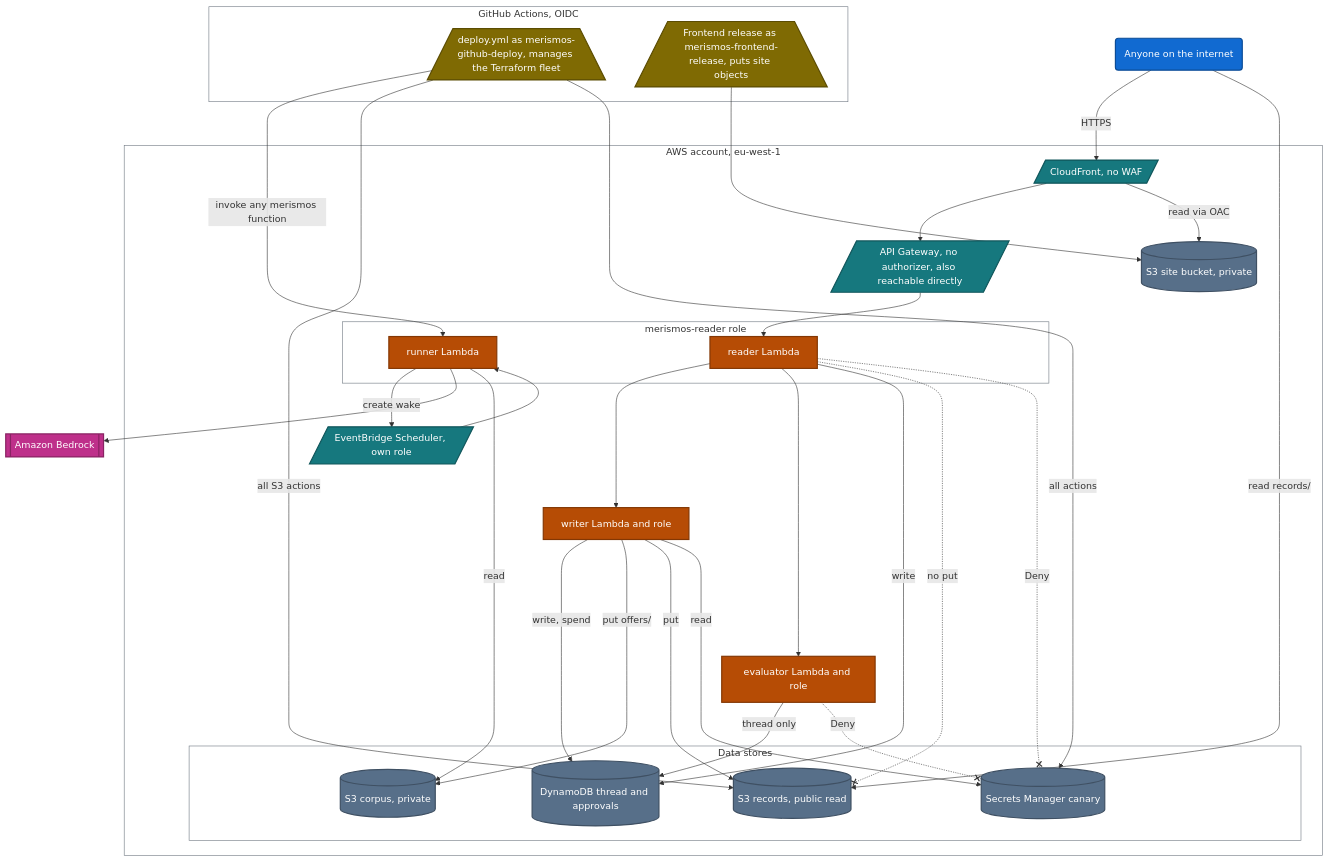
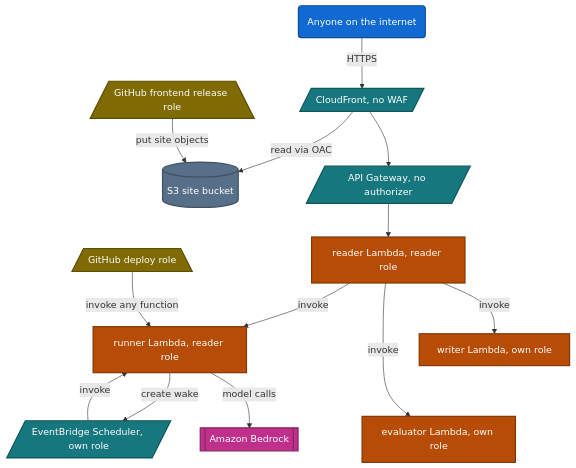
One commit to upgradedev/merismos-aws changed the first of 2 diagrams in docs/infrastructure.md. Above: the diagram before and after it, drawn with Mermaid. The commit also changed other lines of this file and 3 other files, not shown here.

First line of the commit message:
docs: diagrams that stay readable at page width (ME19)

````diff
--- a/docs/infrastructure.md
+++ b/docs/infrastructure.md
@@ -7,66 +11,39 @@
 ```mermaid
 flowchart TB
-    accTitle: Merismos infrastructure, which identity can touch which resource
-    accDescr: Anyone reaches CloudFront, which has no WAF, and can also call API Gateway directly; the API has no authorizer and invokes the reader. Anyone may also read published records under records/. The reader role, shared by the reader and runner Lambdas, may invoke the writer, the evaluator and Amazon Bedrock, write DynamoDB, read the corpus and create scheduler wakes, but holds no put on records and an explicit Deny on the canary secret. The writer role writes DynamoDB and spends approvals, files offers in the corpus, puts records and reads the canary. The evaluator role writes only the thread table and is denied the canary. The scheduler role invokes the runner. The GitHub deploy role manages the Terraform fleet: all S3 actions on merismos buckets, records included, all Secrets Manager actions on the canary, and invoke on every merismos function. The frontend release role puts site objects. The functions are not attached to a VPC, the repository declares no NAT gateway, the alarms have no actions and no data store it declares uses a customer-managed key.
+    accTitle: Merismos infrastructure, part 1: who can call what
+    accDescr: Anyone reaches CloudFront, which has no WAF, reads the site from a private S3 bucket through origin access control and forwards API paths to API Gateway, which has no authorizer and invokes the reader Lambda. The reader and runner Lambdas run as the reader role, which may invoke the runner, the writer and the evaluator. The runner creates EventBridge Scheduler wakes, the scheduler role may invoke only the runner, and in a live run the runner calls Amazon Bedrock. The GitHub frontend release role puts site objects, and the GitHub deploy role may invoke any Merismos function.
 
     Anyone("Anyone on the internet"):::browser
-    subgraph Github["GitHub Actions, OIDC"]
-        Deploy[/"deploy.yml as merismos-github-deploy, manages the Terraform fleet"\]:::cicd
-        Release[/"Frontend release as merismos-frontend-release, puts site objects"\]:::cicd
-    end
-    subgraph Aws["AWS account, eu-west-1"]
-        Cdn[/"CloudFront, no WAF"/]:::edge
-        Api[/"API Gateway, no authorizer, also reachable directly"/]:::edge
-        Site[("S3 site bucket, private")]:::store
-        subgraph ReaderRole["merismos-reader role"]
-            Reader["reader Lambda"]:::agent
-            Runner["runner Lambda"]:::agent
-        end
-        Writer["writer Lambda and role"]:::agent
-        Evaluator["evaluator Lambda and role"]:::agent
-        Scheduler[/"EventBridge Scheduler, own role"/]:::edge
-        subgraph Data["Data stores"]
-            Tables[("DynamoDB thread and approvals")]:::store
-            Corpus[("S3 corpus, private")]:::store
-            Records[("S3 records, public read")]:::store
-            Canary[("Secrets Manager canary")]:::store
-        end
-    end
+    Release[/"GitHub frontend release role"\]:::cicd
+    Deploy[/"GitHub deploy role"\]:::cicd
+    Cdn[/"CloudFront, no WAF"/]:::edge
+    Site[("S3 site bucket")]:::store
+    Api[/"API Gateway, no authorizer"/]:::edge
+    Reader["reader Lambda, reader role"]:::agent
+    Runner["runner Lambda, reader role"]:::agent
+    Writer["writer Lambda, own role"]:::agent
+    Evaluator["evaluator Lambda, own role"]:::agent
+    Scheduler[/"EventBridge Scheduler, own role"/]:::edge
     Bedrock[["Amazon Bedrock"]]:::model
 
+    Writer ~~~ Evaluator
     Anyone -->|"HTTPS"| Cdn
+    Cdn -->|"read via OAC"| Site
     Cdn --> Api
-    Cdn -->|"read via OAC"| Site
-    Release --> Site
+    Release -->|"put site objects"| Site
     Api --> Reader
-    Deploy ---->|"invoke any merismos function"| Runner
-    Deploy -->|"all S3 actions"| Records
-    Deploy -->|"all actions"| Canary
-    Reader ---> Writer
-    Reader ---> Evaluator
+    Reader -->|"invoke"| Runner
+    Reader -->|"invoke"| Writer
+    Reader -->|"invoke"| Evaluator
     Runner -->|"create wake"| Scheduler
-    Scheduler --> Runner
-    Runner --> Bedrock
-    Reader -->|"write"| Tables
-    Evaluator -->|"thread only"| Tables
-    Writer -->|"write, spend"| Tables
-    Runner -->|"read"| Corpus
-    Writer ---->|"put offers/"| Corpus
-    Writer ----->|"put"| Records
-    Reader -.-x|"no put"| Records
-    Anyone -->|"read records/"| Records
-    Writer -->|"read"| Canary
-    Reader -.-x|"Deny"| Canary
-    Evaluator -.-x|"Deny"| Canary
+    Scheduler -->|"invoke"| Runner
+    Runner -->|"model calls"| Bedrock
+    Deploy -->|"invoke any function"| Runner
 
-    style Github fill:none,stroke:#6e7781,stroke-width:1px
-    style Aws fill:none,stroke:#6e7781,stroke-width:1px
-    style ReaderRole fill:none,stroke:#6e7781,stroke-width:1px
-    style Data fill:none,stroke:#6e7781,stroke-width:1px
     classDef browser fill:#116ad1,stroke:#0c4c96,stroke-width:2px,color:#ffffff
     classDef edge fill:#16787e,stroke:#10565b,stroke-width:2px,color:#ffffff
     classDef agent fill:#b64c05,stroke:#833704,stroke-width:2px,color:#ffffff
     classDef store fill:#576f89,stroke:#3f5063,stroke-width:2px,color:#ffffff
     classDef model fill:#be308a,stroke:#892363,stroke-width:2px,color:#ffffff
     classDef cicd fill:#7f6a03,stroke:#5b4c02,stroke-width:2px,color:#ffffff
 ```
````
